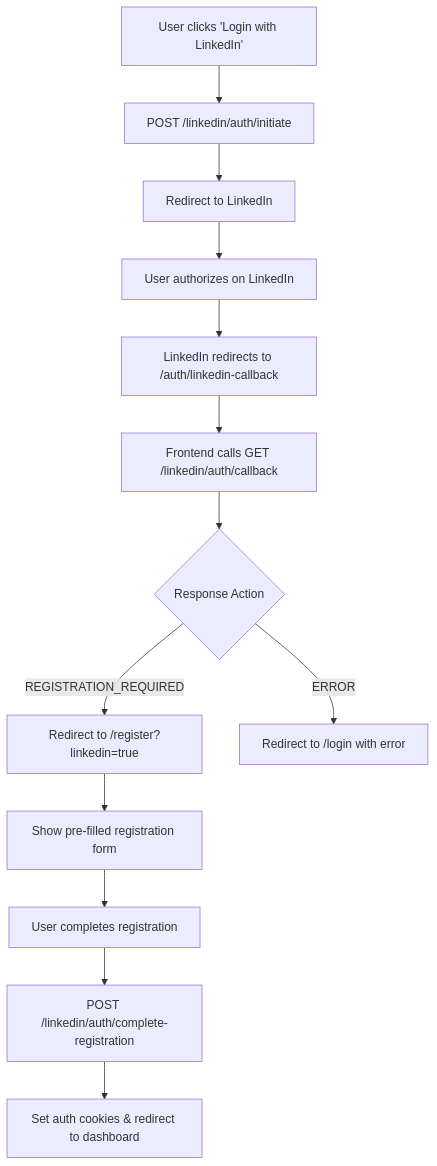
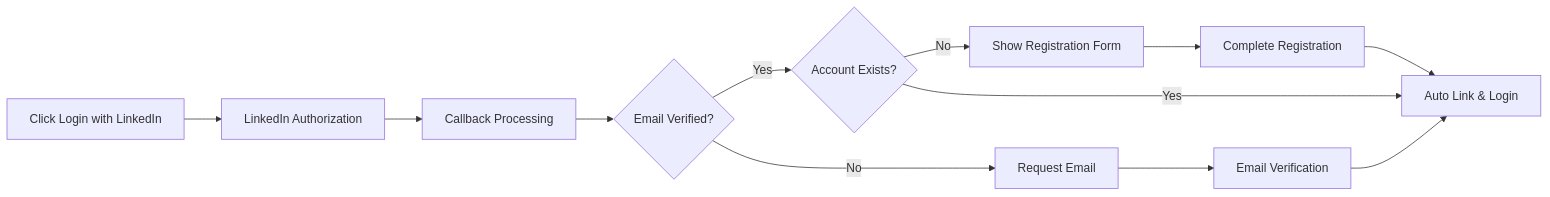
One commit to G11-999/kiwiq changed the third of 10 diagrams in docs/design_docs/linkedin_integrations/LINKEDIN_OAUTH_DESIGN.md. Above: the diagram before and after it, drawn with Mermaid. The commit also changed other lines of this file and 6 other files, not shown here.

````diff
--- a/docs/design_docs/linkedin_integrations/LINKEDIN_OAUTH_DESIGN.md
+++ b/docs/design_docs/linkedin_integrations/LINKEDIN_OAUTH_DESIGN.md
@@ -648,17 +340,14 @@
 ```mermaid
-flowchart TD
-    A[User clicks 'Login with LinkedIn'] --> B[POST /linkedin/auth/initiate]
-    B --> C[Redirect to LinkedIn]
-    C --> D[User authorizes on LinkedIn]
-    D --> E[LinkedIn redirects to /auth/linkedin-callback]
-    E --> F[Frontend calls GET /linkedin/auth/callback]
-    F --> G{Response Action}
-    
-    G -->|REGISTRATION_REQUIRED| H[Redirect to /register?linkedin=true]
-    H --> I[Show pre-filled registration form]
-    I --> J[User completes registration]
-    J --> K[POST /linkedin/auth/complete-registration]
-    K --> L[Set auth cookies & redirect to dashboard]
-    
-    G -->|ERROR| M[Redirect to /login with error]
+flowchart LR
+    A[Click Login with LinkedIn] --> B[LinkedIn Authorization]
+    B --> C[Callback Processing]
+    C --> D{Email Verified?}
+    D -->|Yes| E{Account Exists?}
+    D -->|No| F[Request Email]
+    E -->|No| G[Show Registration Form]
+    E -->|Yes| H[Auto Link & Login]
+    F --> I[Email Verification]
+    I --> H
+    G --> J[Complete Registration]
+    J --> H
 ```
````
